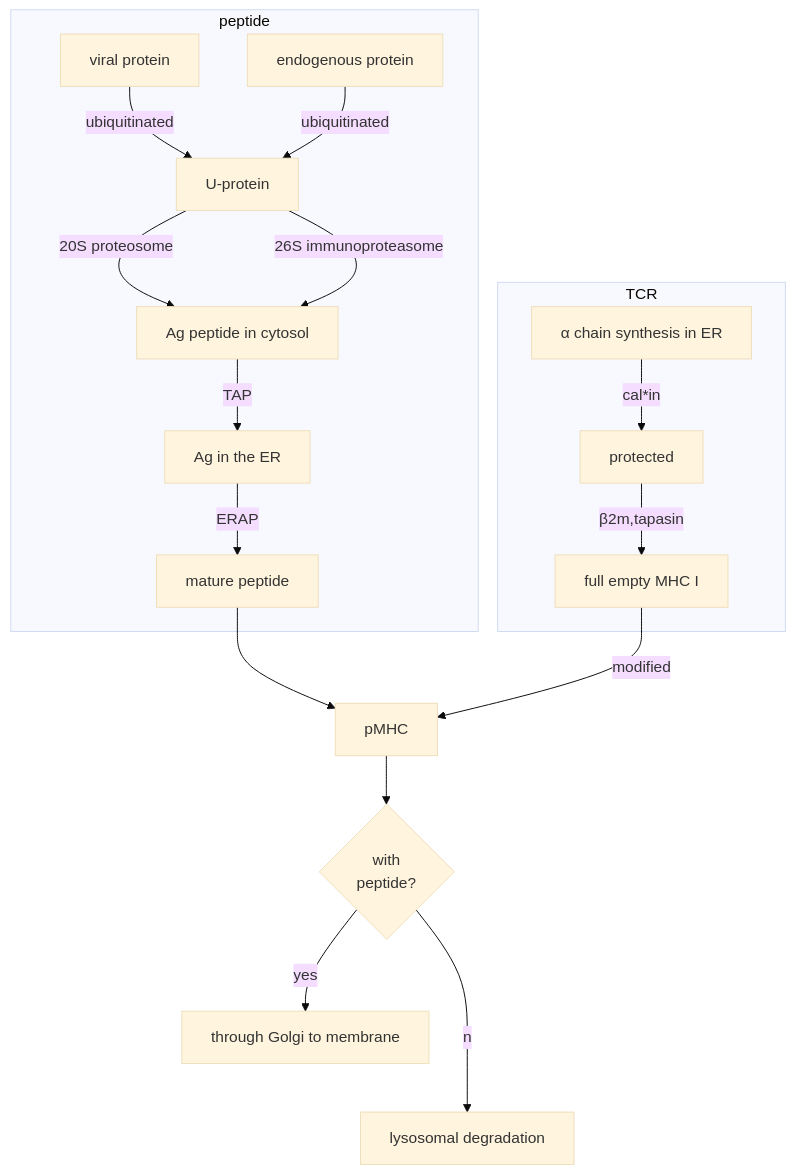
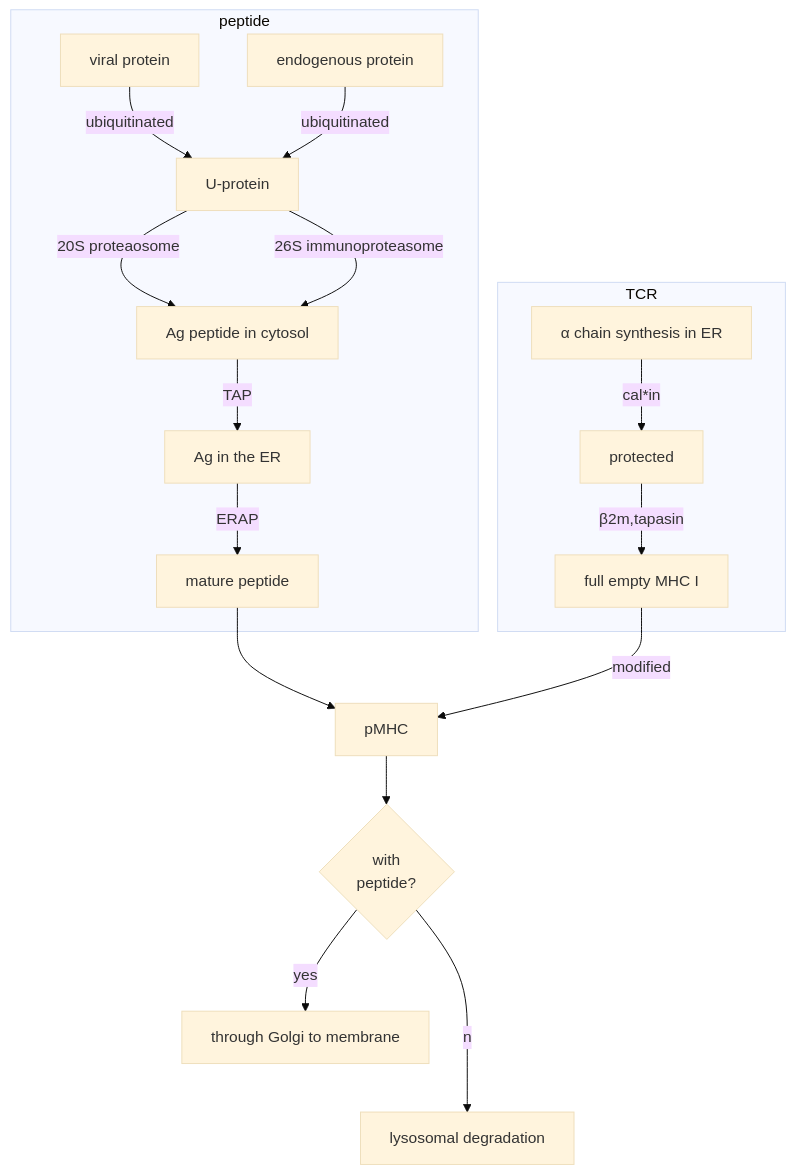
The eighth of 14 diagrams in course/molecular-immunology/molecular-immunology.md (gxf1212/notes), drawn with Mermaid (base theme) before and after one commit. The commit also changed other lines of this file, not shown here.

````diff
--- a/course/molecular-immunology/molecular-immunology.md
+++ b/course/molecular-immunology/molecular-immunology.md
@@ -1649,17 +1649,17 @@
 ```mermaid
 graph TD
 subgraph peptide
 v[viral protein] --ubiquitinated--> U-protein
 e[endogenous protein] --ubiquitinated--> U-protein
-U-protein --20S proteosome--> ap[Ag peptide in cytosol]
+U-protein --20S proteaosome--> ap[Ag peptide in cytosol]
 U-protein --26S immunoproteasome--> ap --TAP--> er[Ag in the ER] --ERAP--> m[mature peptide] 
 end
 m --> pMHC
 subgraph TCR
 a[α chain synthesis in ER] --cal*in--> protected --β2m,tapasin--> f[full empty MHC I]
 end
 f --modified--> pMHC
 pMHC --> w{with</br>peptide?}
 w --yes--> y[through Golgi to membrane]
 w --no--> l[lysosomal degradation]
 ```
````
